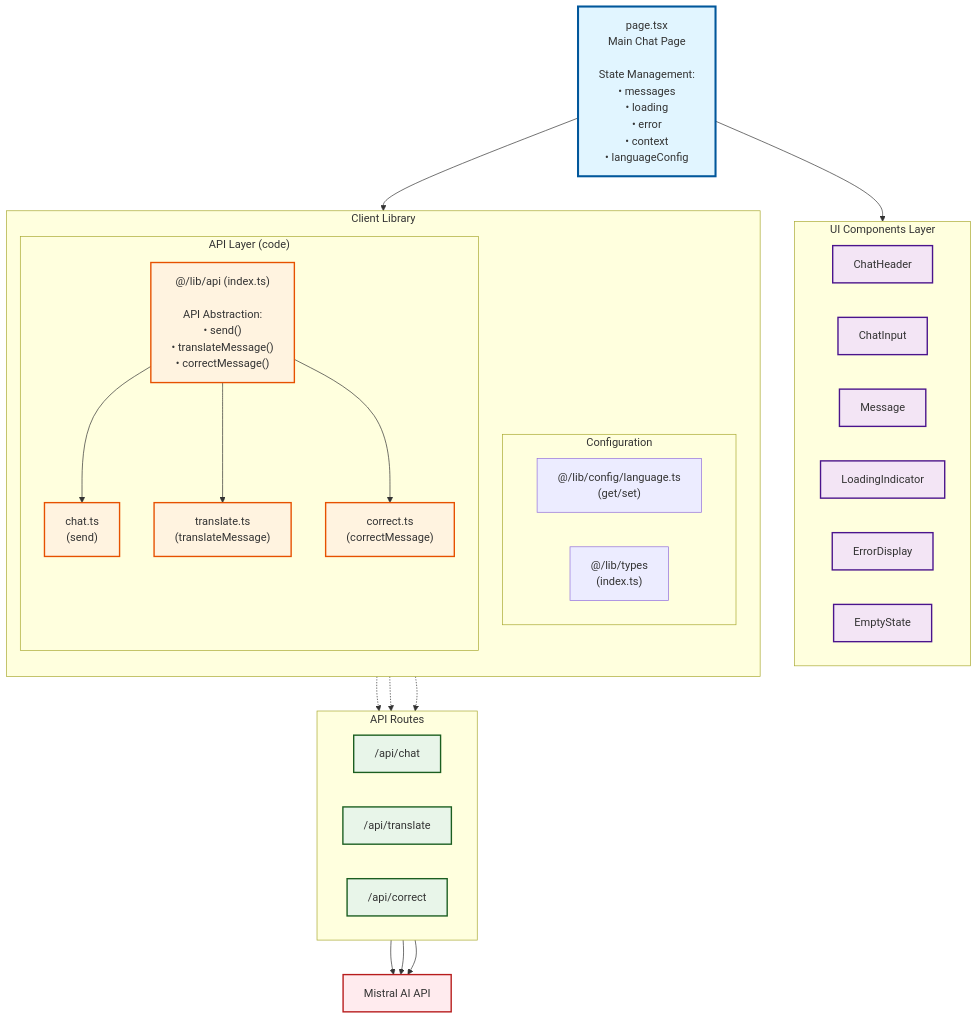
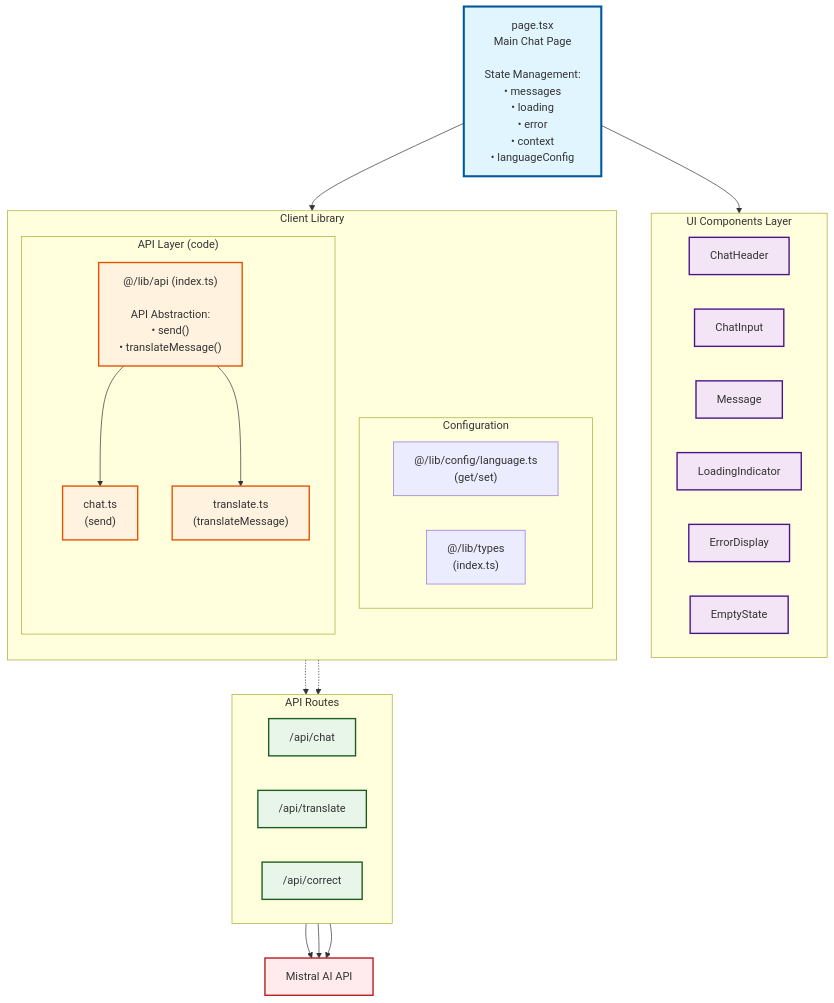
One commit to Yvesei/LangBot changed the first of 3 diagrams in README.md. Above: the diagram before and after it, drawn with Mermaid. The commit also changed other lines of this file and 32 other files, not shown here.

````diff
--- a/README.md
+++ b/README.md
@@ -77,72 +79,69 @@
 ```mermaid
 graph TB
     %% Top Layer - Page
     Page["page.tsx<br/>Main Chat Page<br/><br/>State Management:<br/>• messages<br/>• loading<br/>• error<br/>• context<br/>• languageConfig"]
     
     %% UI Components Layer
     subgraph UI["UI Components Layer"]
         direction LR
         Header["ChatHeader"]
         Input["ChatInput"]
         Msg["Message"]
         Loading["LoadingIndicator"]
         Error["ErrorDisplay"]
         Empty["EmptyState"]
     end
     
     %% Client Library Layer
     subgraph ClientLib["Client Library"]
         direction TB
         subgraph Config["Configuration"]
             LangCfg["@/lib/config/language.ts<br/>(get/set)"]
             TypesBarrel["@/lib/types<br/>(index.ts)"]
         end
         
         subgraph API["API Layer (code)"]
-            ClientBarrel["@/lib/api (index.ts)<br/><br/>API Abstraction:<br/>• send()<br/>• translateMessage()<br/>• correctMessage()"]
+            ClientBarrel["@/lib/api (index.ts)<br/><br/>API Abstraction:<br/>• send()<br/>• translateMessage()"]
             ChatApi["chat.ts<br/>(send)"]
             TransApi["translate.ts<br/>(translateMessage)"]
-            CorrectApi["correct.ts<br/>(correctMessage)"]
         end
     end
     
     %% API Routes Layer
     subgraph Routes["API Routes"]
         direction LR
         ChatRoute["/api/chat"]
         TransRoute["/api/translate"]
         CorrectRoute["/api/correct"]
     end
     
     %% External Services
     Mistral["Mistral AI API"]
     
     %% Connections - Top to Bottom Flow
     Page --> UI
     Page --> ClientLib
     
     ClientBarrel --> ChatApi
     ClientBarrel --> TransApi
-    ClientBarrel --> CorrectApi
     
     ChatApi -.-> ChatRoute
     TransApi -.-> TransRoute
-    CorrectApi -.-> CorrectRoute
     
     ChatRoute --> Mistral
     TransRoute --> Mistral
     CorrectRoute --> Mistral
     
     %% Styling
     classDef pageStyle fill:#e1f5ff,stroke:#01579b,stroke-width:3px
     classDef uiStyle fill:#f3e5f5,stroke:#4a148c,stroke-width:2px
     classDef apiStyle fill:#fff3e0,stroke:#e65100,stroke-width:2px
     classDef routeStyle fill:#e8f5e9,stroke:#1b5e20,stroke-width:2px
     classDef externalStyle fill:#ffebee,stroke:#b71c1c,stroke-width:2px
     
     class Page pageStyle
     class Header,Input,Msg,Loading,Error,Empty uiStyle
-    class ClientBarrel,ChatApi,TransApi,CorrectApi apiStyle
+    class ClientBarrel,ChatApi,TransApi apiStyle
     class ChatRoute,TransRoute,CorrectRoute routeStyle
     class Mistral externalStyle
 ```
````
